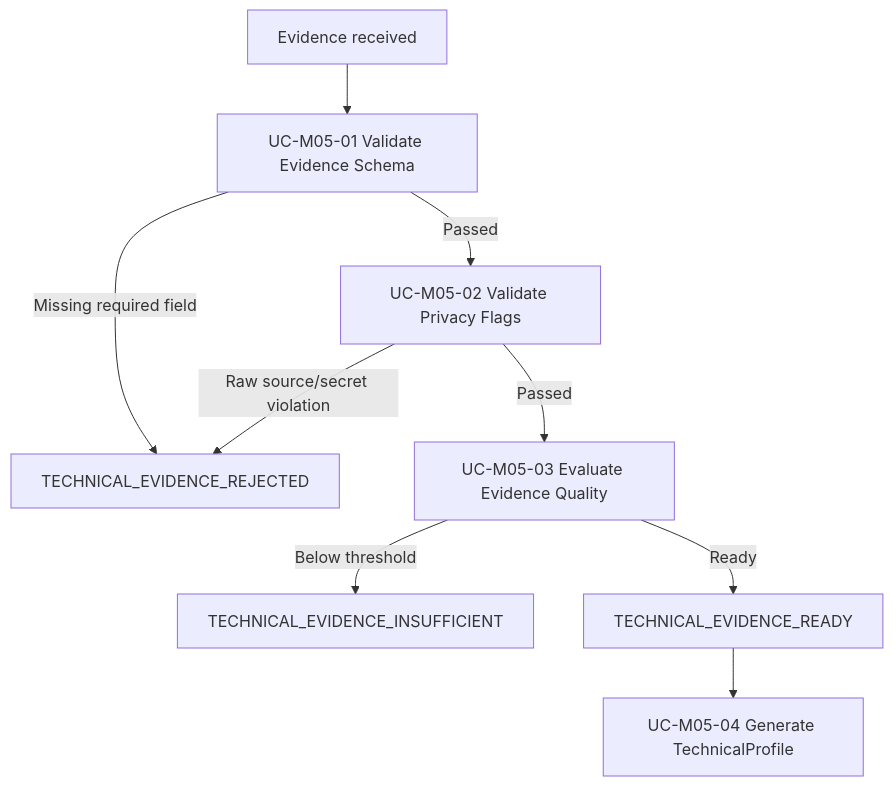
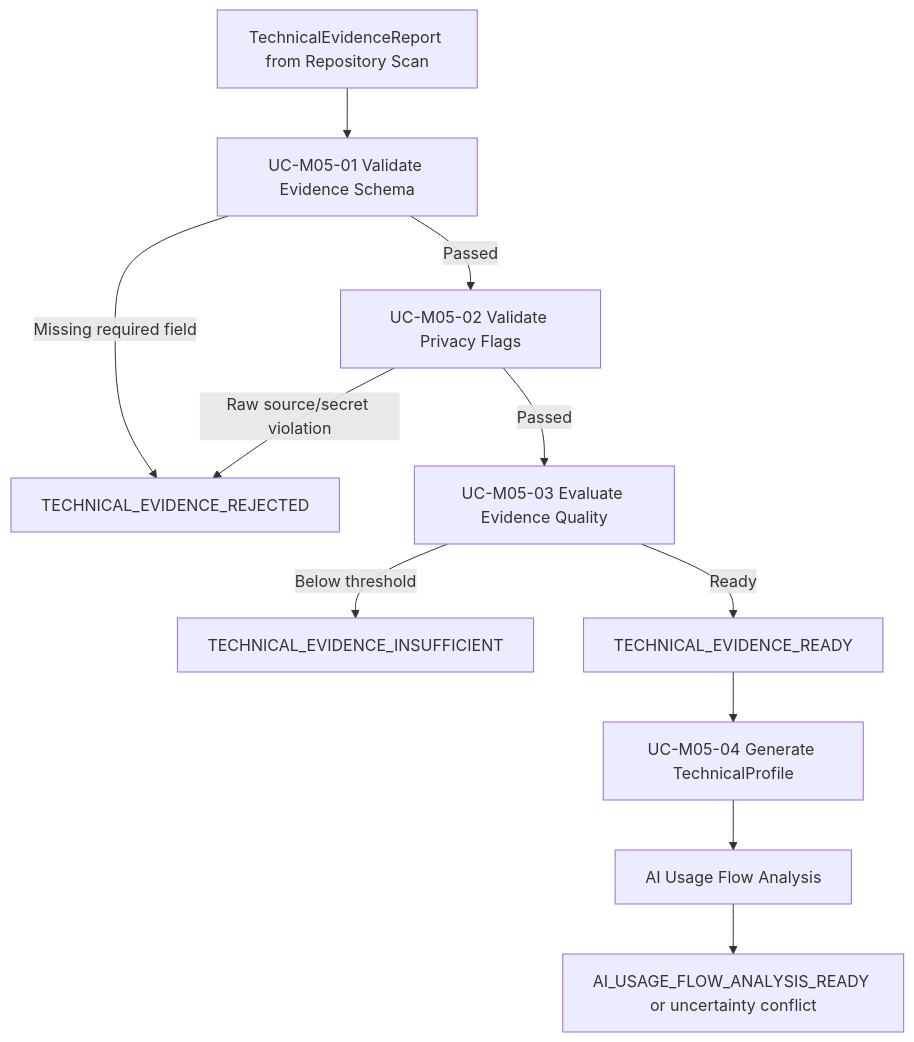
One commit to khovan123/LCSP changed the seventh of 14 diagrams in docs/design/flowcharts.md. Above: the diagram before and after it, drawn with Mermaid. The commit also changed other lines of this file and 122 other files, not shown here.

````diff
--- a/docs/design/flowcharts.md
+++ b/docs/design/flowcharts.md
@@ -102,11 +146,13 @@
 ```mermaid
 flowchart TD
-  A[Evidence received] --> B[UC-M05-01 Validate Evidence Schema]
+  A[TechnicalEvidenceReport from Repository Scan] --> B[UC-M05-01 Validate Evidence Schema]
   B -->|Missing required field| C[TECHNICAL_EVIDENCE_REJECTED]
   B -->|Passed| D[UC-M05-02 Validate Privacy Flags]
   D -->|Raw source/secret violation| C
   D -->|Passed| E[UC-M05-03 Evaluate Evidence Quality]
   E -->|Below threshold| F[TECHNICAL_EVIDENCE_INSUFFICIENT]
   E -->|Ready| G[TECHNICAL_EVIDENCE_READY]
   G --> H[UC-M05-04 Generate TechnicalProfile]
+  H --> I[AI Usage Flow Analysis]
+  I --> J[AI_USAGE_FLOW_ANALYSIS_READY or uncertainty conflict]
 ```
````
